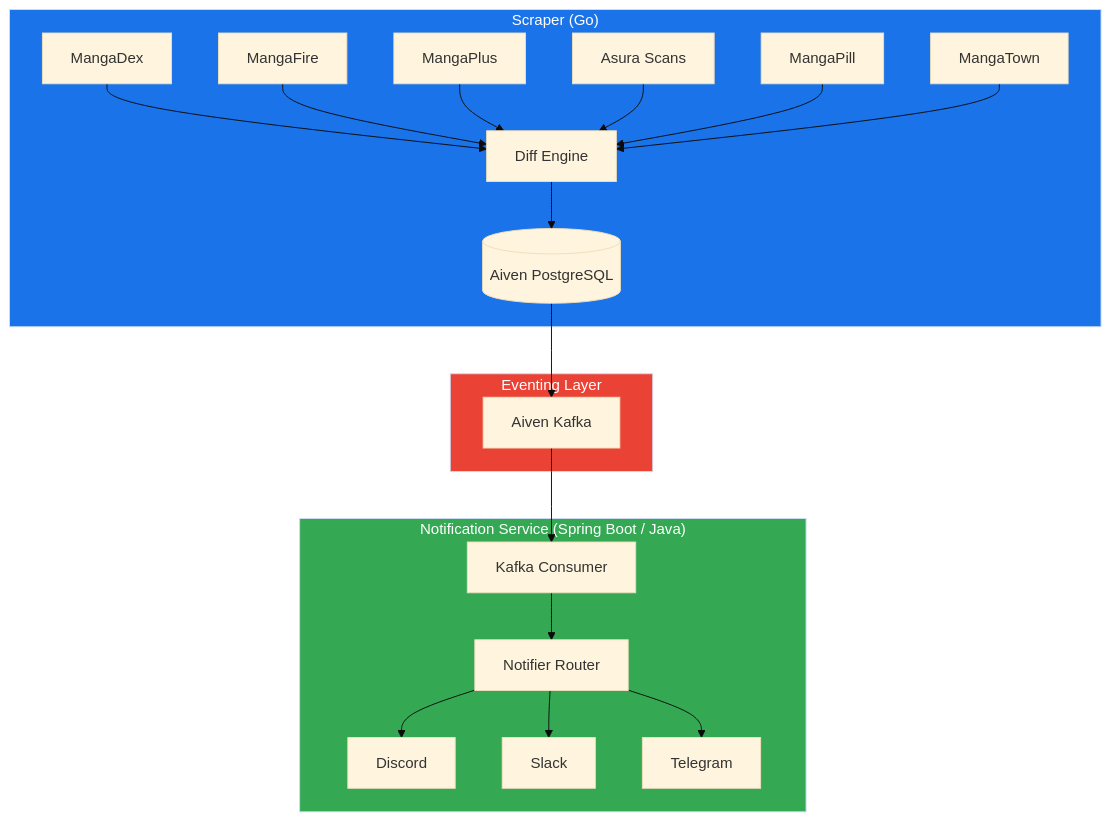
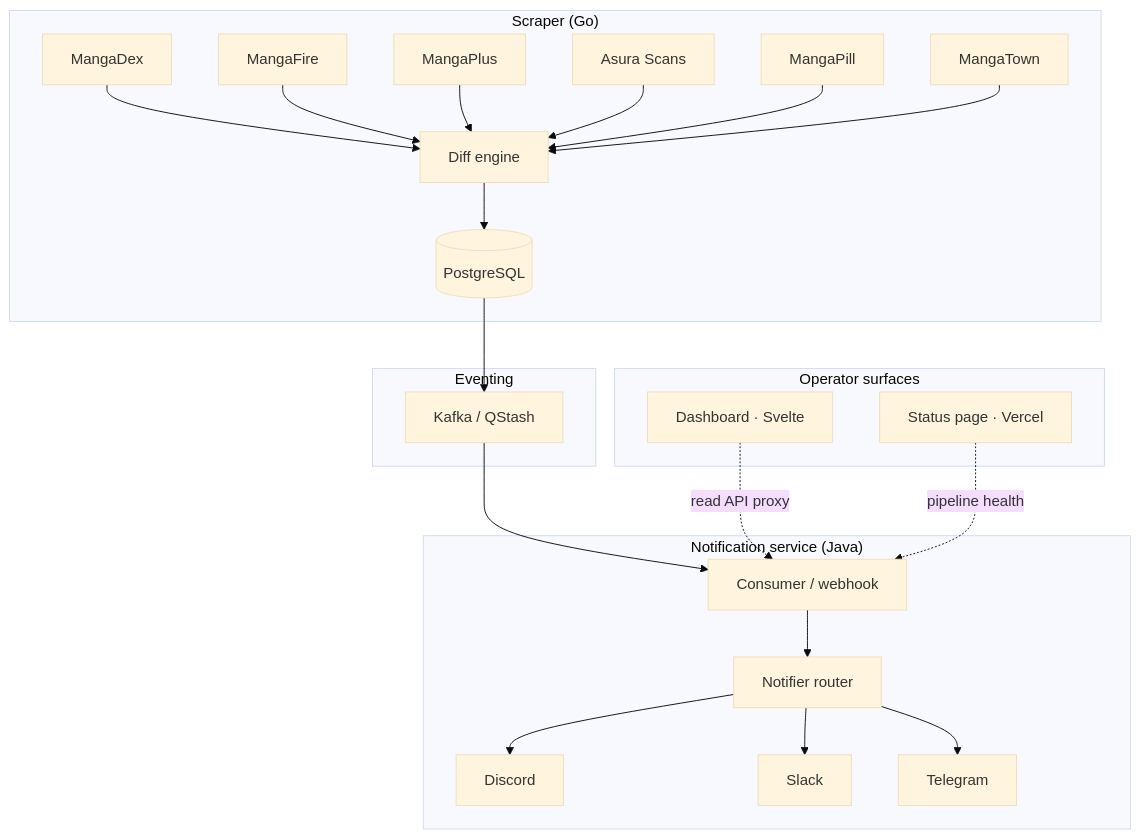
Before and after one commit to aeswibon/manga-cdc: the second of 3 diagrams in README.md, drawn with Mermaid (base theme). The commit also changed other lines of this file and 1 other file, not shown here.

First line of the commit message:
Modernize README with roadmap, status badges, and MIT license.

````diff
--- a/README.md
+++ b/README.md
@@ -42,28 +91,31 @@
 ```mermaid
 flowchart TB
     subgraph Scraping["Scraper (Go)"]
-        A1[MangaDex] --> E[Diff Engine]
+        A1[MangaDex] --> E[Diff engine]
         A2[MangaFire] --> E
         A3[MangaPlus] --> E
         A4[Asura Scans] --> E
         A5[MangaPill] --> E
         A6[MangaTown] --> E
-        E --> DB[(Aiven PostgreSQL)]
+        E --> DB[(PostgreSQL)]
     end
 
-    subgraph Eventing["Eventing Layer"]
-        DB --> K[Aiven Kafka]
+    subgraph Eventing["Eventing"]
+        DB --> K[Kafka / QStash]
     end
 
-    subgraph Notifications["Notification Service (Spring Boot / Java)"]
-        K --> NC[Kafka Consumer]
-        NC --> NS[Notifier Router]
+    subgraph Notifications["Notification service (Java)"]
+        K --> NC[Consumer / webhook]
+        NC --> NS[Notifier router]
         NS --> DC[Discord]
         NS --> SL[Slack]
         NS --> TG[Telegram]
     end
 
-    style Scraping fill:#1a73e8,color:#fff
-    style Eventing fill:#ea4335,color:#fff
-    style Notifications fill:#34a853,color:#fff
+    subgraph Frontend["Operator surfaces"]
+        D[Dashboard · Svelte]
+        S[Status page · Vercel]
+        D -.->|read API proxy| NC
+        S -.->|pipeline health| NC
+    end
 ```
````
